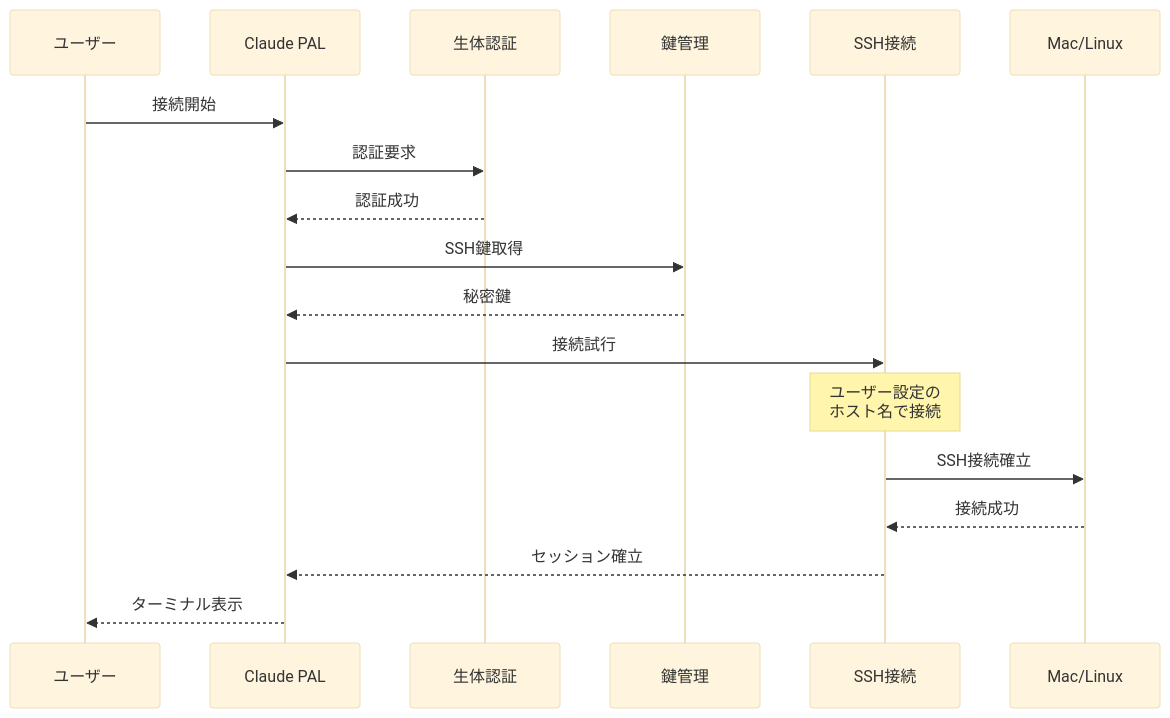
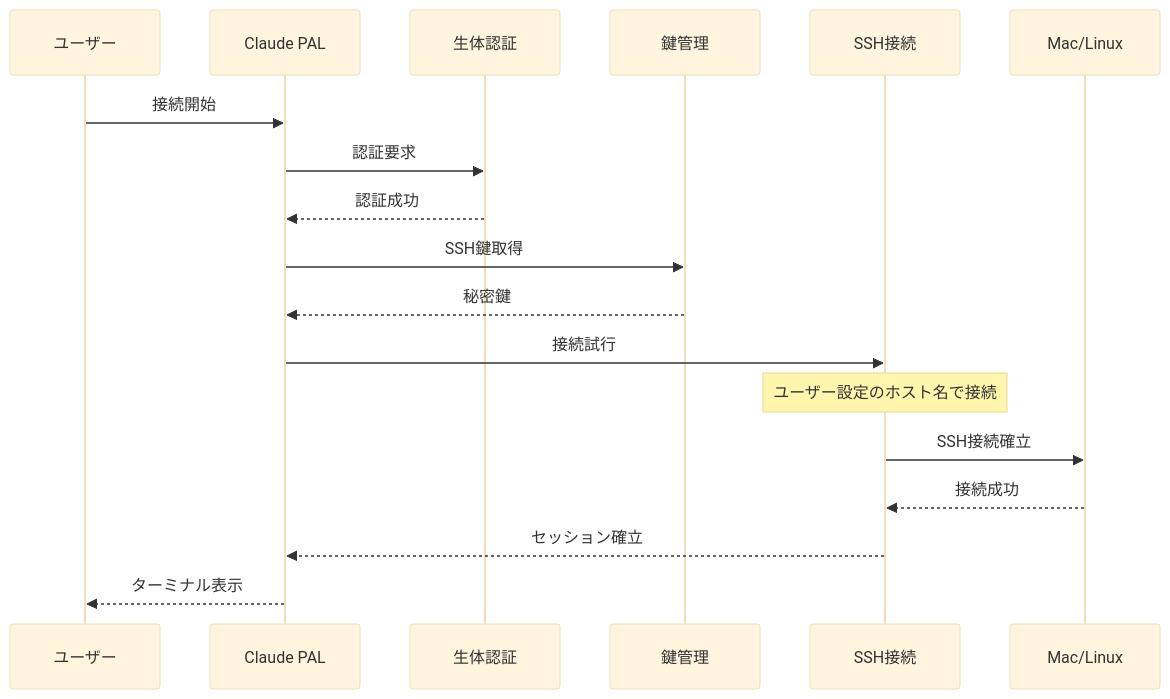
The second of 3 diagrams in .claude/plan/01_architecture_and_tech_stack.md (mzkmnk/claude-pal), drawn with Mermaid (base theme) before and after one commit. The commit also changed other lines of this file and 1 other file, not shown here.

First line of the commit message:
fix: 見積もり工数の削除とMermaid構文エラーの修正

````diff
--- a/.claude/plan/01_architecture_and_tech_stack.md
+++ b/.claude/plan/01_architecture_and_tech_stack.md
@@ -175,21 +175,21 @@
 ```mermaid
 sequenceDiagram
     participant User as ユーザー
     participant App as Claude PAL
     participant Bio as 生体認証
     participant Key as 鍵管理
     participant SSH as SSH接続
     participant Mac as Mac/Linux
     
     User->>App: 接続開始
     App->>Bio: 認証要求
     Bio-->>App: 認証成功
     App->>Key: SSH鍵取得
     Key-->>App: 秘密鍵
     App->>SSH: 接続試行
-    Note over SSH: ユーザー設定の<br/>ホスト名で接続
+    Note over SSH: ユーザー設定のホスト名で接続
     SSH->>Mac: SSH接続確立
     Mac-->>SSH: 接続成功
     SSH-->>App: セッション確立
     App-->>User: ターミナル表示
 ```
````
